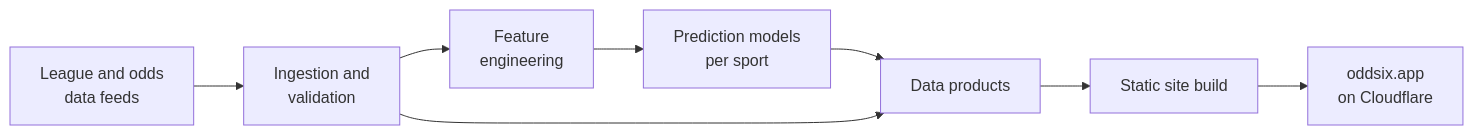
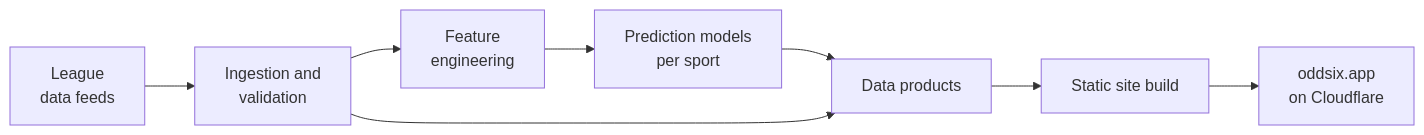
The diagram in README.md (SpencerGoss/oddsix), drawn with Mermaid before and after one commit. The commit also changed other lines of this file, not shown here.

Commit message:
Simplify data source wording

````diff
--- a/README.md
+++ b/README.md
@@ -45,10 +45,10 @@
 ```mermaid
 flowchart LR
-    A[League and odds<br/>data feeds] --> B[Ingestion and<br/>validation]
+    A[League<br/>data feeds] --> B[Ingestion and<br/>validation]
     B --> C[Feature<br/>engineering]
     C --> D[Prediction models<br/>per sport]
     D --> E[Data products]
     B --> E
     E --> F[Static site build]
     F --> G[oddsix.app<br/>on Cloudflare]
 ```
````
